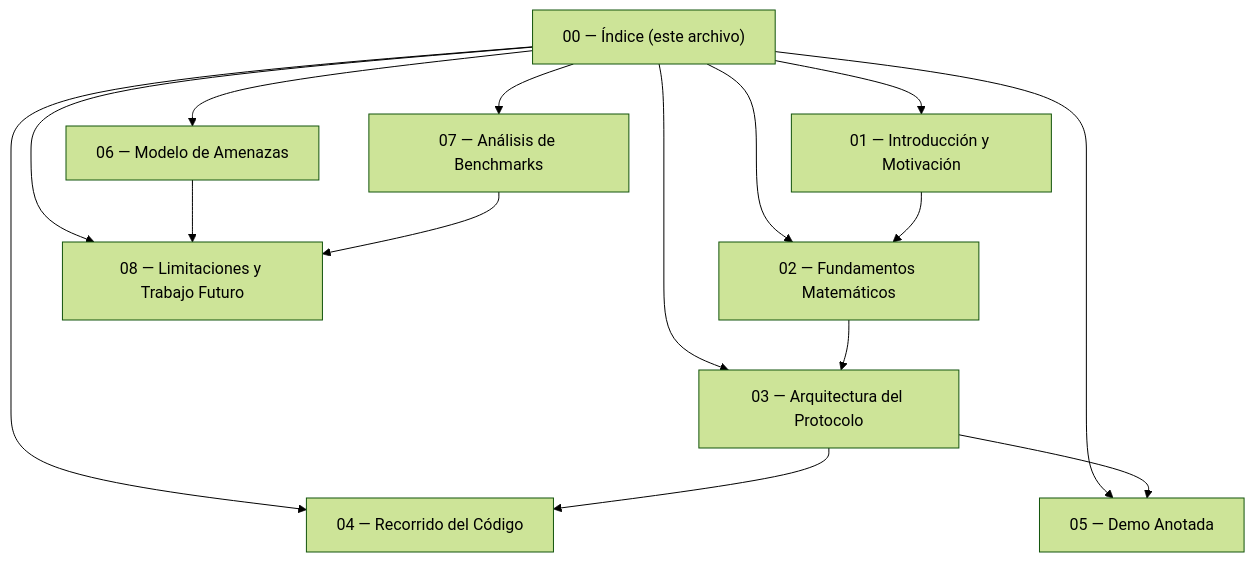
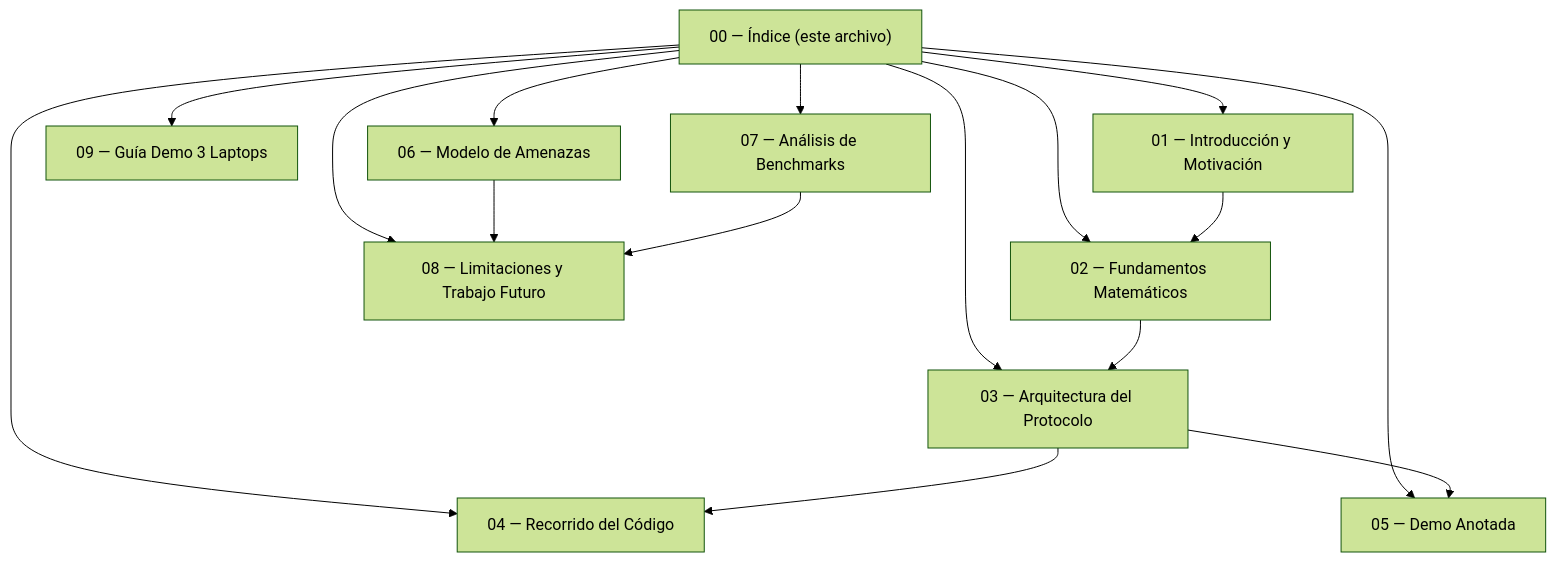
Before and after one commit to Jay210305/cryptography: the diagram in docs/00_indice.md, drawn with Mermaid (forest theme). The commit also changed other lines of this file and 10 other files, not shown here.

````diff
--- a/docs/00_indice.md
+++ b/docs/00_indice.md
@@ -11,28 +11,30 @@
 ```mermaid
 graph TD
     Index["00 — Índice (este archivo)"]
     Intro["01 — Introducción y Motivación"]
     Math["02 — Fundamentos Matemáticos"]
     Arch["03 — Arquitectura del Protocolo"]
     Code["04 — Recorrido del Código"]
     Demo["05 — Demo Anotada"]
+    DemoGuide["09 — Guía Demo 3 Laptops"]
     Threats["06 — Modelo de Amenazas"]
     Bench["07 — Análisis de Benchmarks"]
     Limits["08 — Limitaciones y Trabajo Futuro"]
 
     Index --> Intro
     Index --> Math
     Index --> Arch
     Index --> Code
     Index --> Demo
+    Index --> DemoGuide
     Index --> Threats
     Index --> Bench
     Index --> Limits
 
     Intro --> Math
     Math --> Arch
     Arch --> Code
     Arch --> Demo
     Threats --> Limits
     Bench --> Limits
 ```
````
